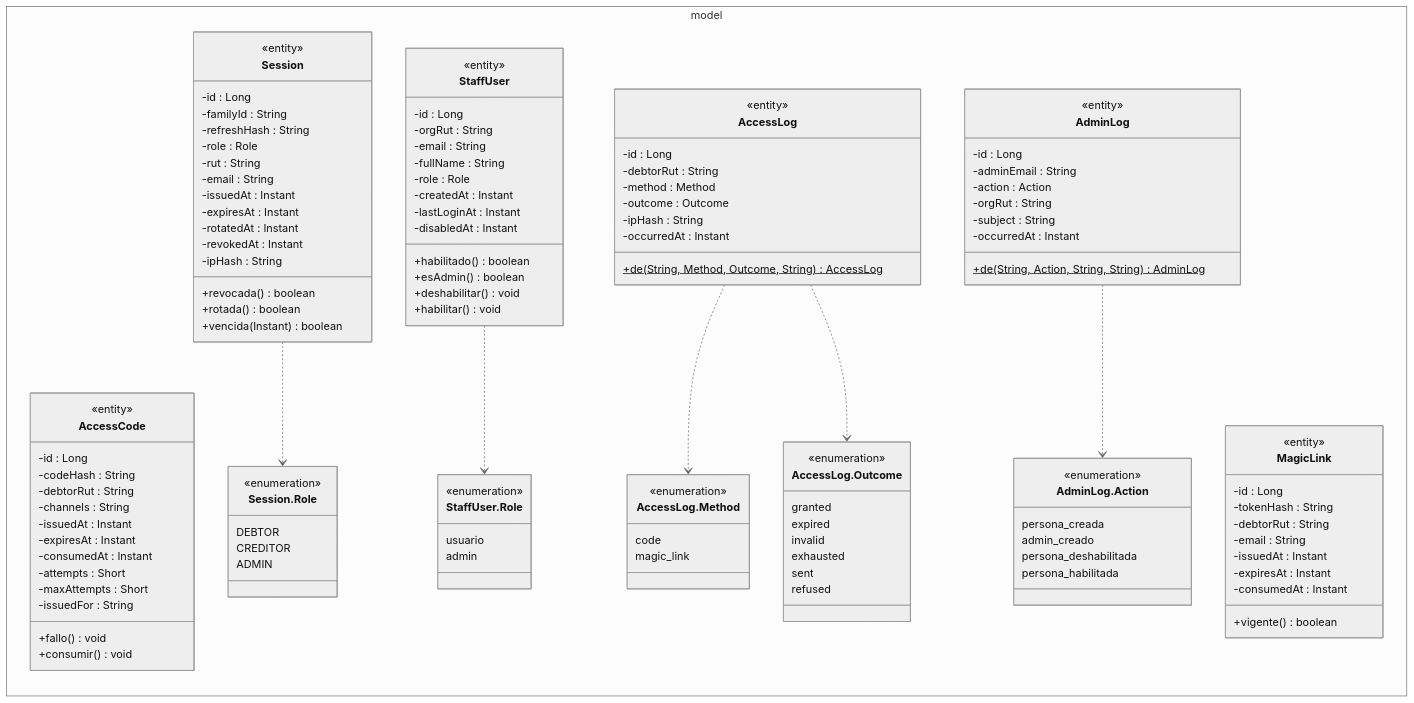
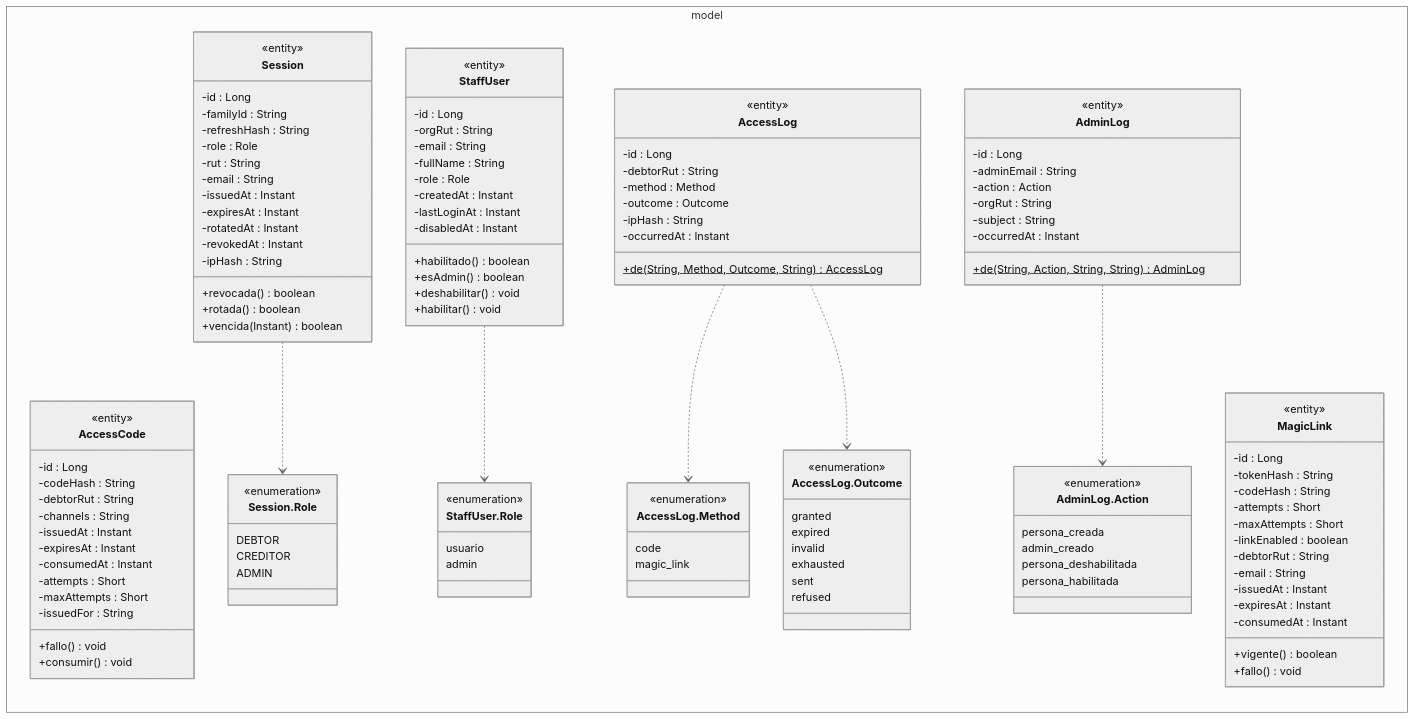
Before and after one commit to TechnicalBridge/DataBridge: the second of 18 diagrams in docs/diagramas/clases.md, drawn with Mermaid (neutral theme). The commit also changed other lines of this file and 29 other files, not shown here.

```diff
--- a/docs/diagramas/clases.md
+++ b/docs/diagramas/clases.md
@@ -122,12 +122,17 @@
             <<entity>>
             -id : Long
             -tokenHash : String
+            -codeHash : String
+            -attempts : Short
+            -maxAttempts : Short
+            -linkEnabled : boolean
             -debtorRut : String
             -email : String
             -issuedAt : Instant
             -expiresAt : Instant
             -consumedAt : Instant
             +vigente() boolean
+            +fallo() void
         }
         class Session {
             <<entity>>
```
